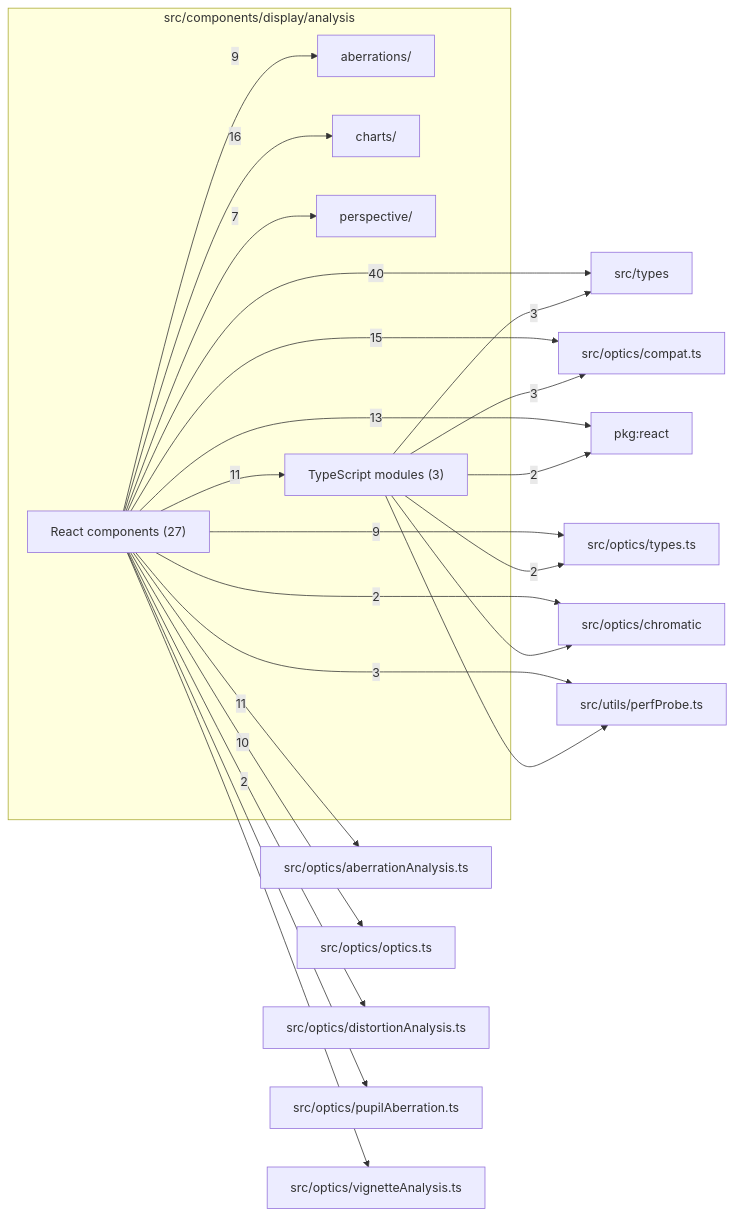
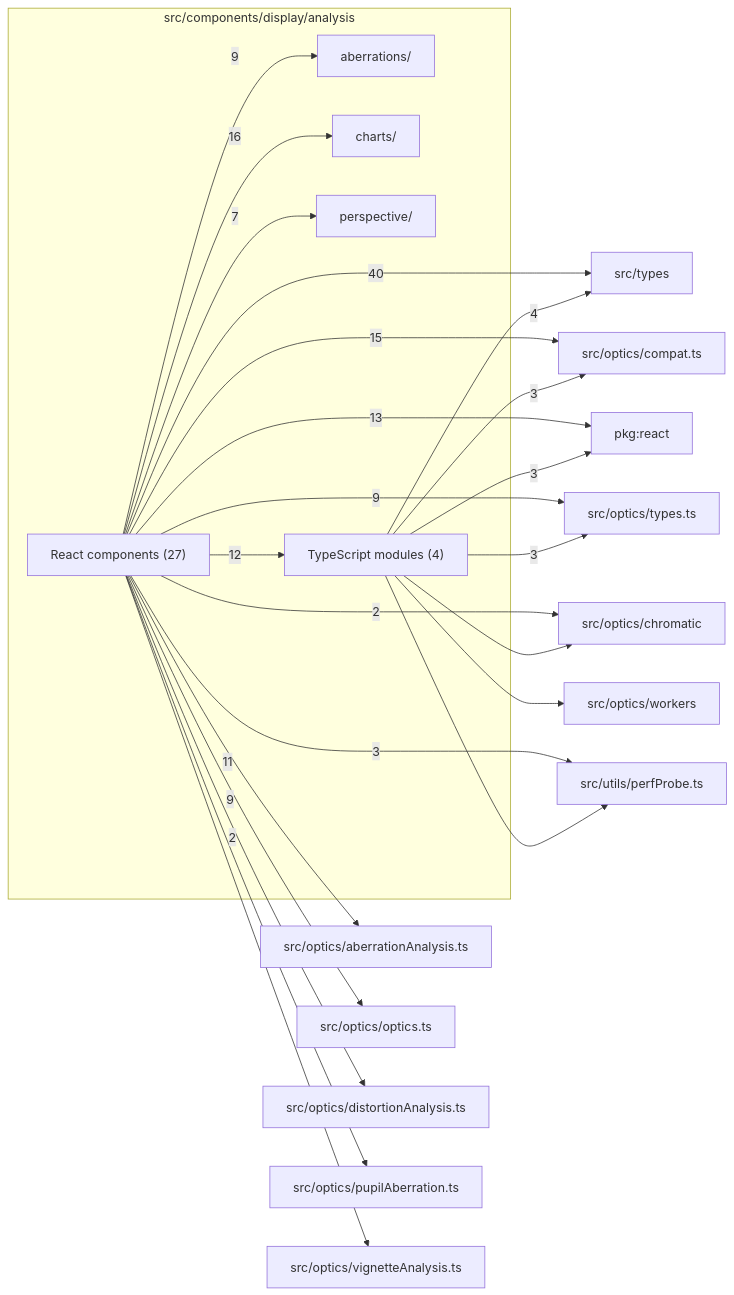
One commit to ronbuening/LensVisualizer changed the diagram in src/components/display/analysis/readme.md. Above: the diagram before and after it, drawn with Mermaid. The commit also changed other lines of this file and 13 other files, not shown here.

````diff
--- a/src/components/display/analysis/readme.md
+++ b/src/components/display/analysis/readme.md
@@ -9,42 +9,44 @@
 ```mermaid
 flowchart LR
   subgraph n_src_components_display_analysis["src/components/display/analysis"]
     n_src_components_display_analysis_src_components_display_analysis_aberrations["aberrations/"]
     n_src_components_display_analysis_src_components_display_analysis_charts["charts/"]
     n_src_components_display_analysis_src_components_display_analysis_perspective["perspective/"]
     n_src_components_display_analysis_React_components["React components (27)"]
-    n_src_components_display_analysis_TypeScript_modules["TypeScript modules (3)"]
+    n_src_components_display_analysis_TypeScript_modules["TypeScript modules (4)"]
   end
   n_external_src_types["src/types"]
   n_external_src_optics_compat_ts["src/optics/compat.ts"]
   n_external_pkg_react["pkg:react"]
   n_external_src_optics_aberrationAnalysis_ts["src/optics/aberrationAnalysis.ts"]
   n_external_src_optics_optics_ts["src/optics/optics.ts"]
   n_external_src_optics_types_ts["src/optics/types.ts"]
   n_external_src_utils_perfProbe_ts["src/utils/perfProbe.ts"]
   n_external_src_optics_chromatic["src/optics/chromatic"]
   n_external_src_optics_distortionAnalysis_ts["src/optics/distortionAnalysis.ts"]
   n_external_src_optics_pupilAberration_ts["src/optics/pupilAberration.ts"]
   n_external_src_optics_vignetteAnalysis_ts["src/optics/vignetteAnalysis.ts"]
+  n_external_src_optics_workers["src/optics/workers"]
   n_src_components_display_analysis_React_components --> |40| n_external_src_types
   n_src_components_display_analysis_React_components --> |16| n_src_components_display_analysis_src_components_display_analysis_charts
   n_src_components_display_analysis_React_components --> |15| n_external_src_optics_compat_ts
   n_src_components_display_analysis_React_components --> |13| n_external_pkg_react
+  n_src_components_display_analysis_React_components --> |12| n_src_components_display_analysis_TypeScript_modules
   n_src_components_display_analysis_React_components --> |11| n_external_src_optics_aberrationAnalysis_ts
-  n_src_components_display_analysis_React_components --> |11| n_src_components_display_analysis_TypeScript_modules
-  n_src_components_display_analysis_React_components --> |10| n_external_src_optics_optics_ts
+  n_src_components_display_analysis_React_components --> |9| n_external_src_optics_optics_ts
   n_src_components_display_analysis_React_components --> |9| n_external_src_optics_types_ts
   n_src_components_display_analysis_React_components --> |9| n_src_components_display_analysis_src_components_display_analysis_aberrations
   n_src_components_display_analysis_React_components --> |7| n_src_components_display_analysis_src_components_display_analysis_perspective
+  n_src_components_display_analysis_TypeScript_modules --> |4| n_external_src_types
+  n_src_components_display_analysis_TypeScript_modules --> |3| n_external_pkg_react
   n_src_components_display_analysis_TypeScript_modules --> |3| n_external_src_optics_compat_ts
-  n_src_components_display_analysis_TypeScript_modules --> |3| n_external_src_types
+  n_src_components_display_analysis_TypeScript_modules --> |3| n_external_src_optics_types_ts
   n_src_components_display_analysis_React_components --> |3| n_external_src_utils_perfProbe_ts
-  n_src_components_display_analysis_TypeScript_modules --> |2| n_external_pkg_react
   n_src_components_display_analysis_React_components --> |2| n_external_src_optics_chromatic
   n_src_components_display_analysis_React_components --> |2| n_external_src_optics_distortionAnalysis_ts
-  n_src_components_display_analysis_TypeScript_modules --> |2| n_external_src_optics_types_ts
   n_src_components_display_analysis_TypeScript_modules --> n_external_src_optics_chromatic
   n_src_components_display_analysis_React_components --> n_external_src_optics_pupilAberration_ts
   n_src_components_display_analysis_React_components --> n_external_src_optics_vignetteAnalysis_ts
+  n_src_components_display_analysis_TypeScript_modules --> n_external_src_optics_workers
   n_src_components_display_analysis_TypeScript_modules --> n_external_src_utils_perfProbe_ts
 ```
````
